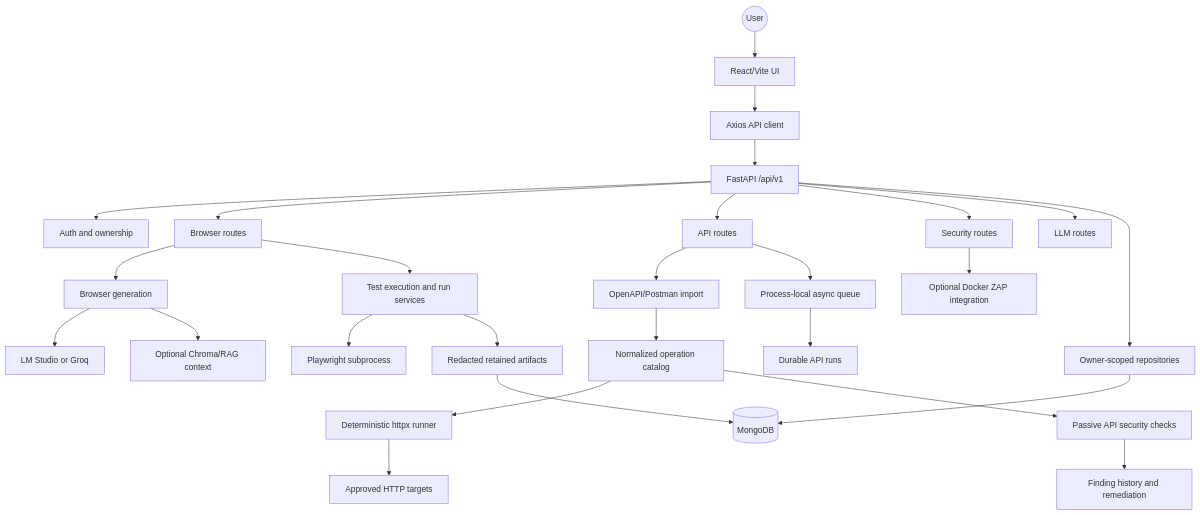
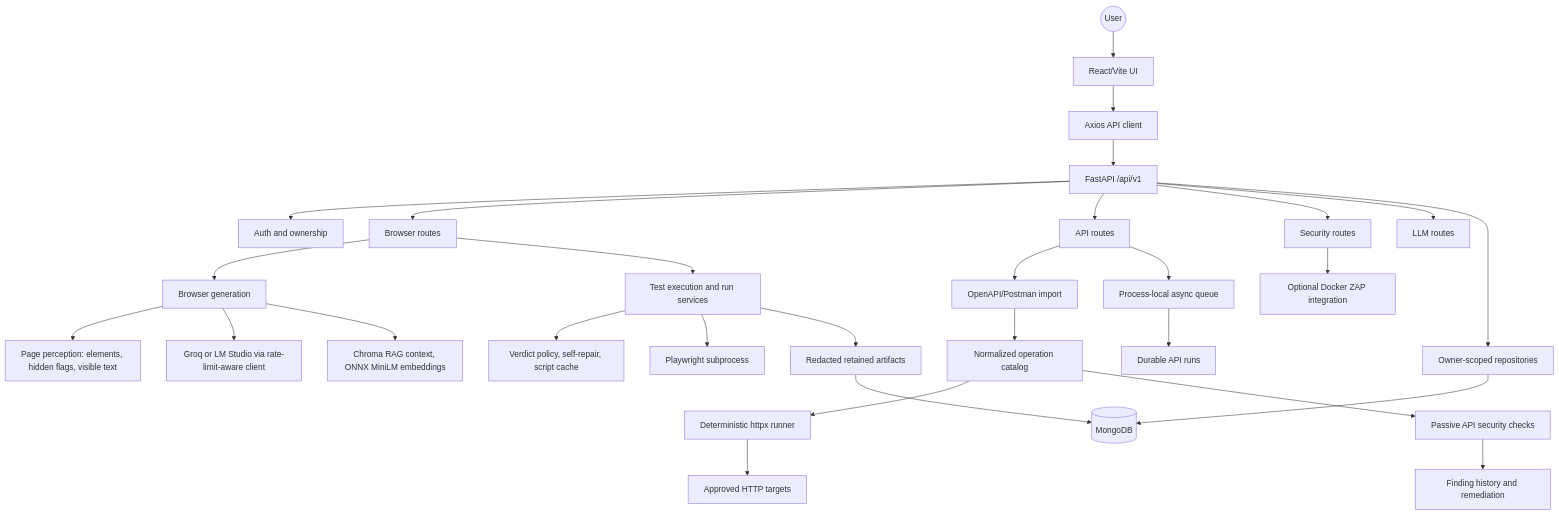
Before and after one commit to Shivam-Kapure/AQuA-BTech: the first of 2 diagrams in architecture.md, drawn with Mermaid. The commit also changed other lines of this file and 10 other files, not shown here.

First line of the commit message:
Update documentation for Groq, testing-flow changes and cloud deployment

````diff
--- a/architecture.md
+++ b/architecture.md
@@ -10,29 +10,31 @@
 ```mermaid
 flowchart TB
     User((User)) --> UI[React/Vite UI]
     UI --> Client[Axios API client]
     Client --> API[FastAPI /api/v1]
     API --> Auth[Auth and ownership]
     API --> Browser[Browser routes]
     API --> Api[API routes]
     API --> Security[Security routes]
     API --> LLMRoutes[LLM routes]
     Browser --> Generation[Browser generation]
     Browser --> Runs[Test execution and run services]
-    Generation --> LLM[LM Studio or Groq]
-    Generation --> RAG[Optional Chroma/RAG context]
+    Generation --> Perception[Page perception: elements, hidden flags, visible text]
+    Generation --> LLM[Groq or LM Studio via rate-limit-aware client]
+    Generation --> RAG[Chroma RAG context, ONNX MiniLM embeddings]
+    Runs --> Verdict[Verdict policy, self-repair, script cache]
     Runs --> Playwright[Playwright subprocess]
     Api --> Import[OpenAPI/Postman import]
     Import --> Catalog[Normalized operation catalog]
     Catalog --> HttpRunner[Deterministic httpx runner]
     Catalog --> Passive[Passive API security checks]
     HttpRunner --> Targets[Approved HTTP targets]
     Passive --> Findings[Finding history and remediation]
     Api --> Queue[Process-local async queue]
     Queue --> ApiRuns[Durable API runs]
     API --> Repositories[Owner-scoped repositories]
     Repositories --> Mongo[(MongoDB)]
     Runs --> Artifacts[Redacted retained artifacts]
     Artifacts --> Mongo
     Security --> ZAP[Optional Docker ZAP integration]
 ```
````
